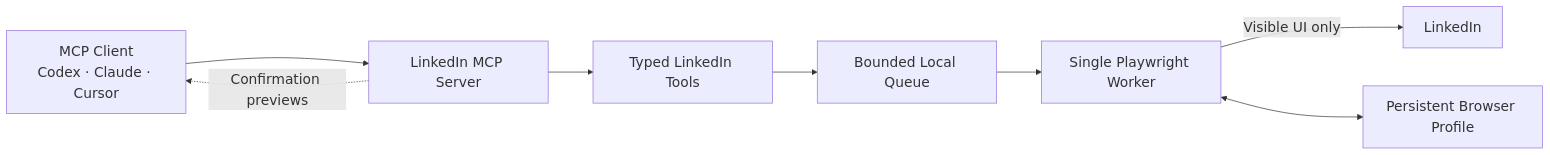
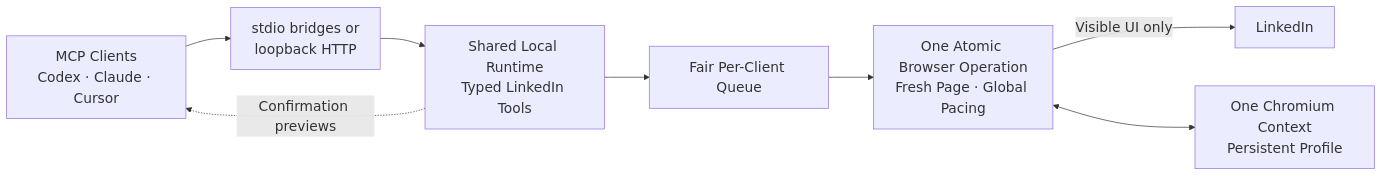
Before and after one commit to prakharagarwal-dev/linkedin-mcp-server: the diagram in README.md, drawn with Mermaid. The commit also changed other lines of this file and 38 other files, not shown here.

Commit message:
feat: share one runtime across MCP clients

````diff
--- a/README.md
+++ b/README.md
@@ -358,12 +358,11 @@
 ```mermaid
 %%{init: {"flowchart": {"nodeSpacing": 55, "rankSpacing": 65}, "themeVariables": {"fontSize": "20px"}}}%%
 flowchart LR
-    A["MCP Client<br/>Codex · Claude · Cursor"] --> B["LinkedIn MCP Server"]
-    B --> C["Typed LinkedIn Tools"]
-    C --> D["Bounded Local Queue"]
-    D --> E["Single Playwright Worker"]
+    A["MCP Clients<br/>Codex · Claude · Cursor"] --> B["stdio bridges or<br/>loopback HTTP"]
+    B --> C["Shared Local Runtime<br/>Typed LinkedIn Tools"]
+    C --> D["Fair Per-Client Queue"]
+    D --> E["One Atomic Browser Operation<br/>Fresh Page · Global Pacing"]
     E -->|"Visible UI only"| F["LinkedIn"]
-
-    E <--> G["Persistent Browser Profile"]
-    B -. "Confirmation previews" .-> A
+    E <--> G["One Chromium Context<br/>Persistent Profile"]
+    C -. "Confirmation previews" .-> A
 ```
````
